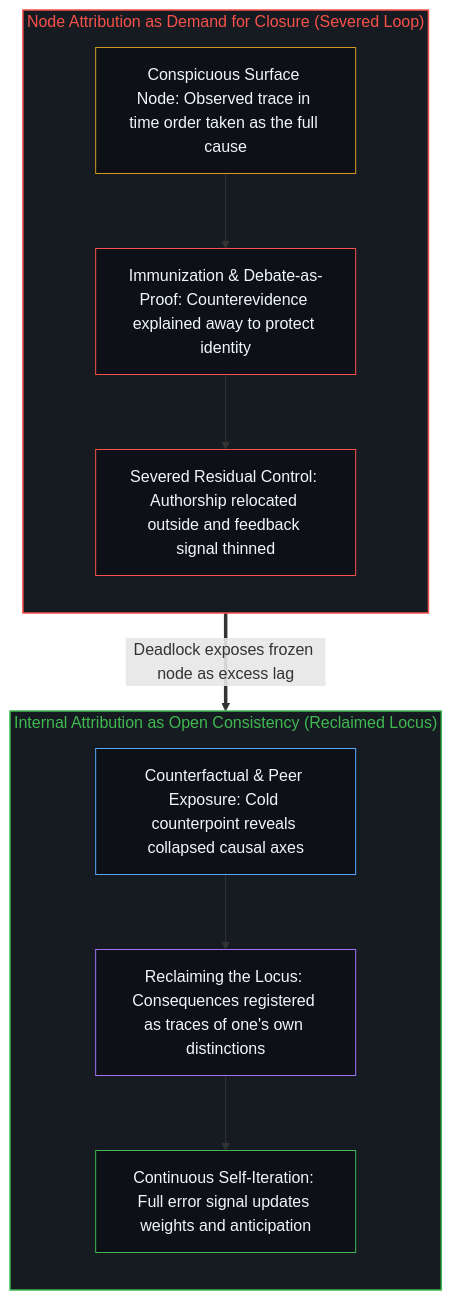
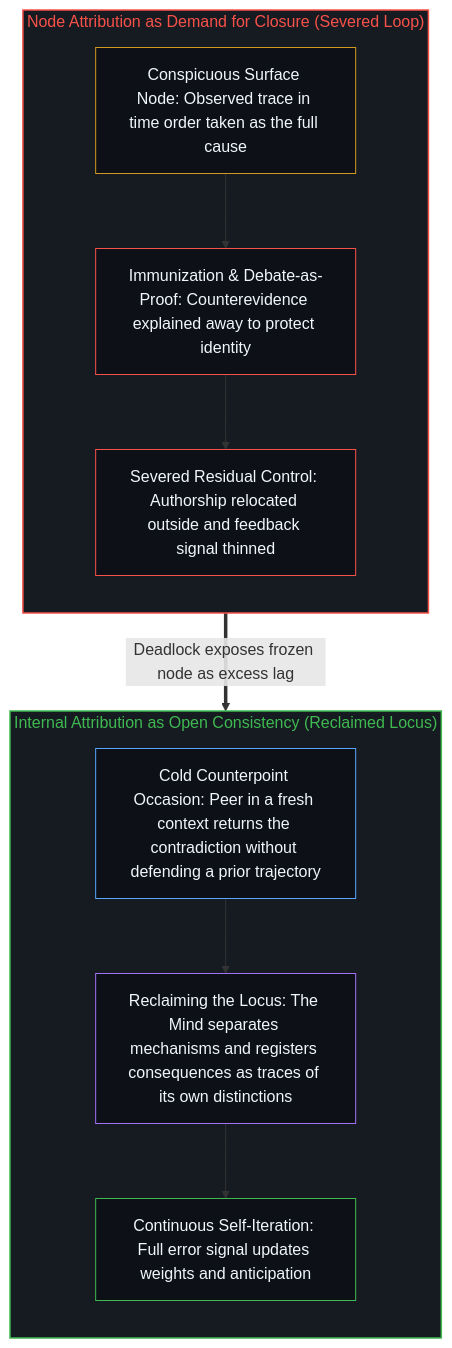
The second of 2 diagrams in content/posts/guan-yu-gui-yin.md (powerpig99/not-a-toe), drawn with Mermaid before and after one commit. The commit also changed other lines of this file and 12 other files, not shown here.

````diff
--- a/content/posts/guan-yu-gui-yin.md
+++ b/content/posts/guan-yu-gui-yin.md
@@ -68,26 +68,26 @@
 ```mermaid
 flowchart TD
     subgraph S_Closed["Node Attribution as Demand for Closure (Severed Loop)"]
         direction TB
         C_Node["Conspicuous Surface Node: Observed trace in time order taken as the full cause"]
         C_Shield["Immunization & Debate-as-Proof: Counterevidence explained away to protect identity"]
         C_Thin["Severed Residual Control: Authorship relocated outside and feedback signal thinned"]
         C_Node --> C_Shield --> C_Thin
     end
     subgraph S_Open["Internal Attribution as Open Consistency (Reclaimed Locus)"]
         direction TB
-        O_Peer["Counterfactual & Peer Exposure: Cold counterpoint reveals collapsed causal axes"]
-        O_Claim["Reclaiming the Locus: Consequences registered as traces of one's own distinctions"]
+        O_Peer["Cold Counterpoint Occasion: Peer in a fresh context returns the contradiction without defending a prior trajectory"]
+        O_Claim["Reclaiming the Locus: The Mind separates mechanisms and registers consequences as traces of its own distinctions"]
         O_Iter["Continuous Self-Iteration: Full error signal updates weights and anticipation"]
         O_Peer --> O_Claim --> O_Iter
     end
     C_Thin ==>|"Deadlock exposes frozen node as excess lag"| O_Peer
     style S_Closed fill:#161b22,stroke:#f85149,stroke-width:1.5px,color:#f85149
     style S_Open fill:#161b22,stroke:#3fb950,stroke-width:1.5px,color:#3fb950
     style C_Node fill:#0d1117,stroke:#d29922,stroke-width:1px,color:#f0f6fc
     style C_Shield fill:#0d1117,stroke:#f85149,stroke-width:1px,color:#f0f6fc
     style C_Thin fill:#0d1117,stroke:#f85149,stroke-width:1px,color:#f0f6fc
     style O_Peer fill:#0d1117,stroke:#58a6ff,stroke-width:1px,color:#f0f6fc
     style O_Claim fill:#0d1117,stroke:#a371f7,stroke-width:1px,color:#f0f6fc
     style O_Iter fill:#0d1117,stroke:#3fb950,stroke-width:1px,color:#f0f6fc
 ```
````
